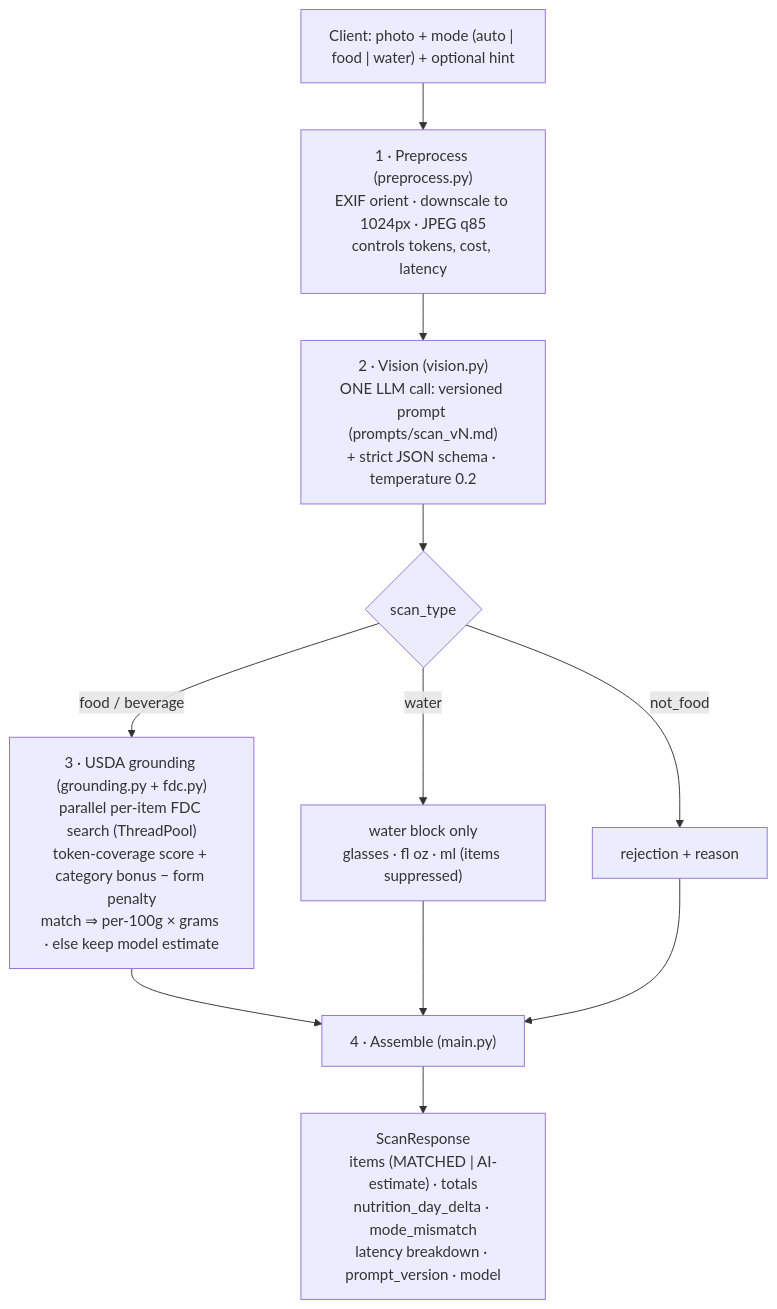
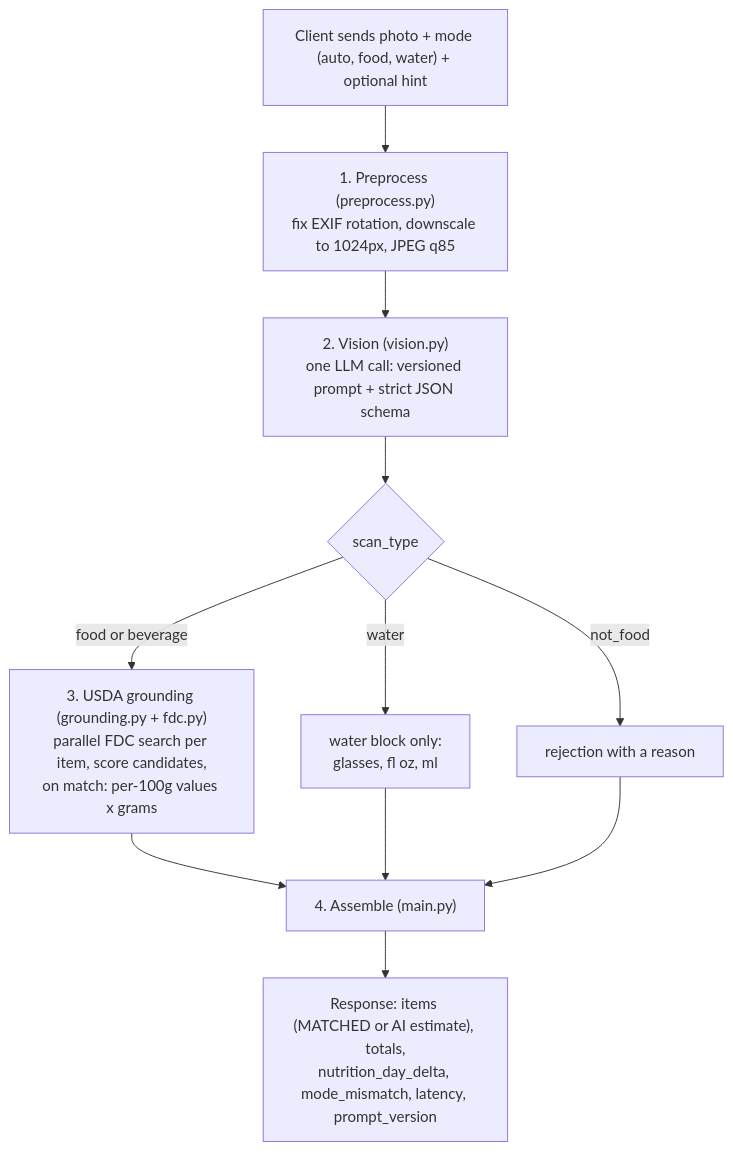
One commit to ashutoshanandmehta/Riva-Snap changed the second of 4 diagrams in ARCHITECTURE.md. Above: the diagram before and after it, drawn with Mermaid. The commit also changed other lines of this file and 1 other file, not shown here.

Commit message:
Rewrite architecture doc in plain prose

````diff
--- a/ARCHITECTURE.md
+++ b/ARCHITECTURE.md
@@ -46,14 +41,14 @@
 ```mermaid
 flowchart TD
-    A["Client: photo + mode (auto | food | water) + optional hint"]
-    A --> B["1 · Preprocess (preprocess.py)<br/>EXIF orient · downscale to 1024px · JPEG q85<br/>controls tokens, cost, latency"]
-    B --> C["2 · Vision (vision.py)<br/>ONE LLM call: versioned prompt (prompts/scan_vN.md)<br/>+ strict JSON schema · temperature 0.2"]
+    A["Client sends photo + mode (auto, food, water) + optional hint"]
+    A --> B["1. Preprocess (preprocess.py)<br/>fix EXIF rotation, downscale to 1024px, JPEG q85"]
+    B --> C["2. Vision (vision.py)<br/>one LLM call: versioned prompt + strict JSON schema"]
     C --> D{"scan_type"}
-    D -- "food / beverage" --> E["3 · USDA grounding (grounding.py + fdc.py)<br/>parallel per-item FDC search (ThreadPool)<br/>token-coverage score + category bonus − form penalty<br/>match ⇒ per-100g × grams · else keep model estimate"]
-    D -- "water" --> W["water block only<br/>glasses · fl oz · ml (items suppressed)"]
-    D -- "not_food" --> N["rejection + reason"]
-    E --> F["4 · Assemble (main.py)"]
+    D -- "food or beverage" --> E["3. USDA grounding (grounding.py + fdc.py)<br/>parallel FDC search per item, score candidates,<br/>on match: per-100g values x grams"]
+    D -- "water" --> W["water block only:<br/>glasses, fl oz, ml"]
+    D -- "not_food" --> N["rejection with a reason"]
+    E --> F["4. Assemble (main.py)"]
     W --> F
     N --> F
-    F --> G["ScanResponse<br/>items (MATCHED | AI-estimate) · totals<br/>nutrition_day_delta · mode_mismatch<br/>latency breakdown · prompt_version · model"]
+    F --> G["Response: items (MATCHED or AI estimate), totals,<br/>nutrition_day_delta, mode_mismatch, latency, prompt_version"]
 ```
````
